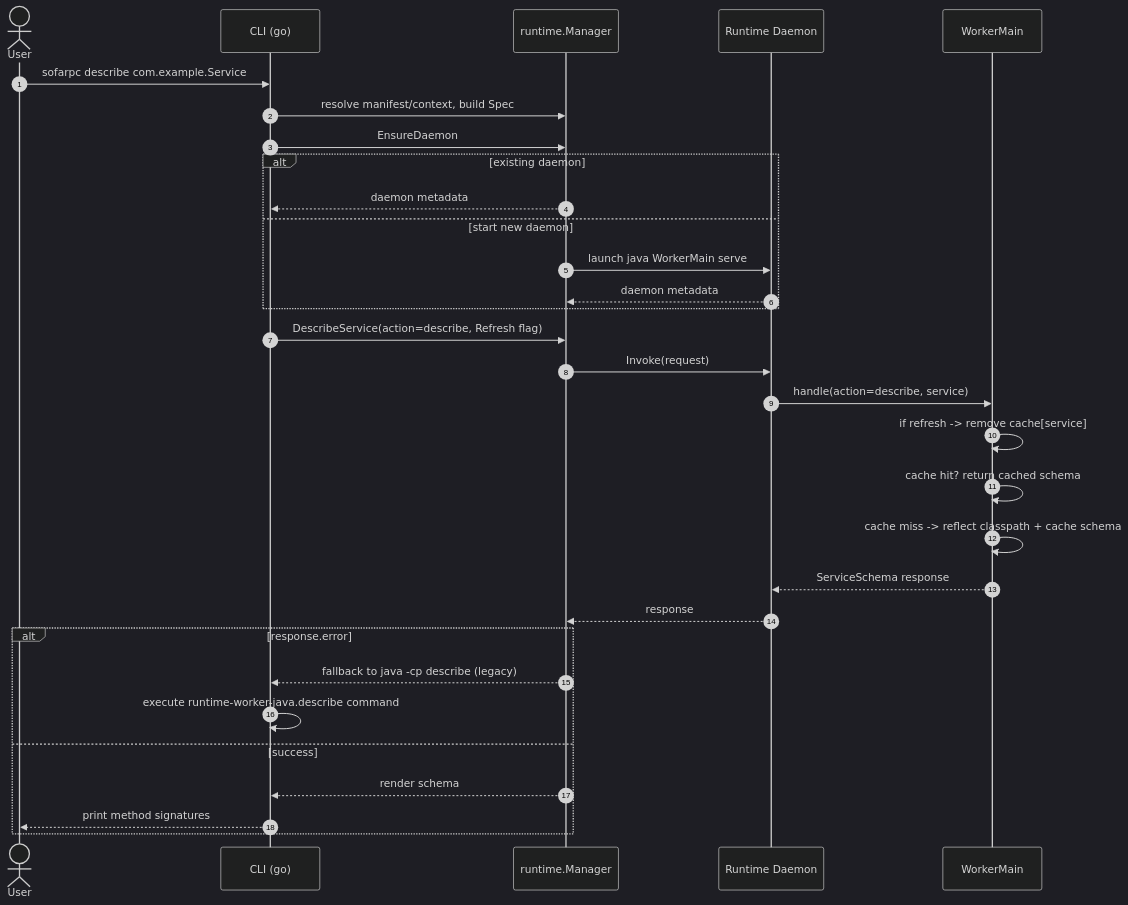
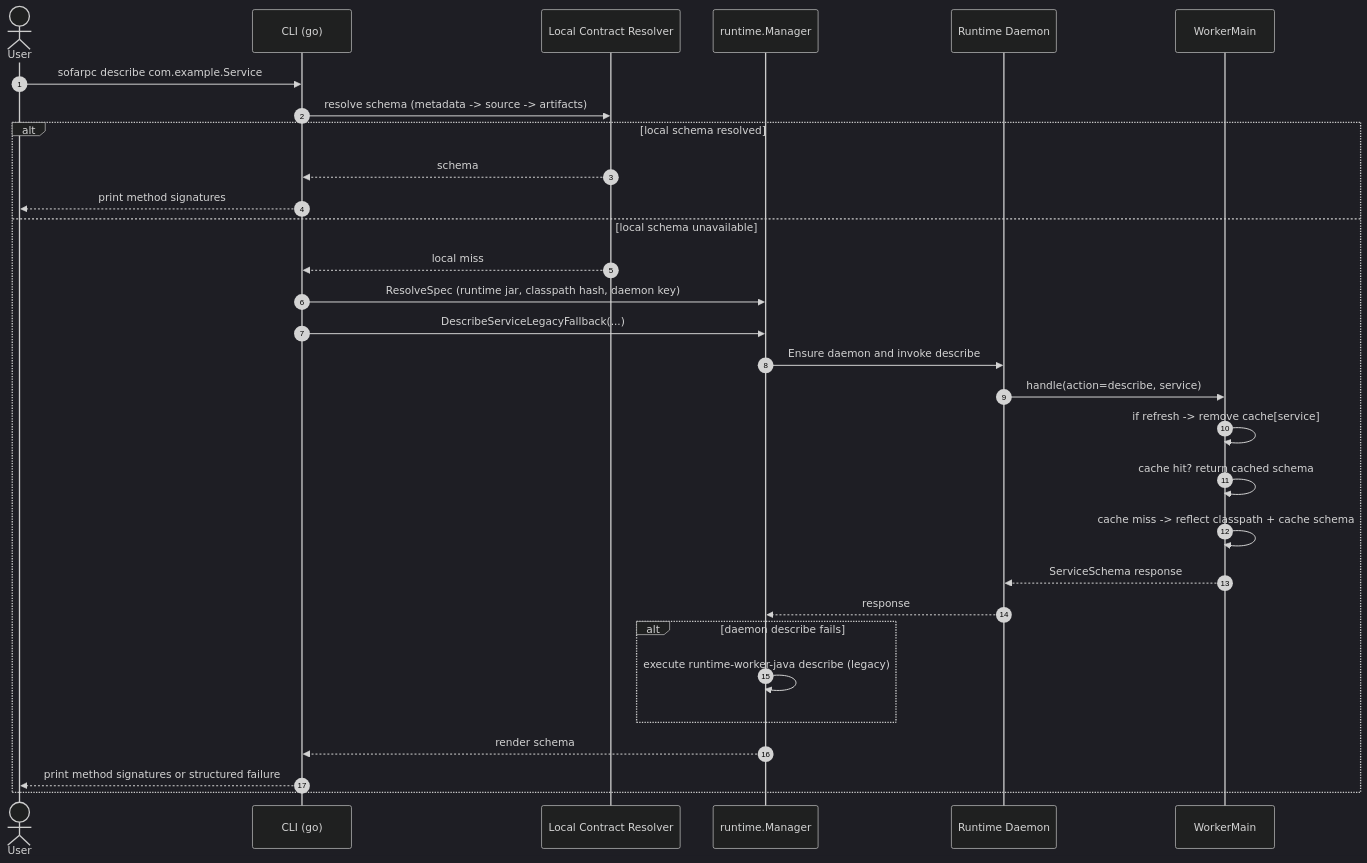
Before and after one commit to hex1n/sofarpc-cli: the second of 2 diagrams in docs/usage.md, drawn with Mermaid (dark theme). The commit also changed other lines of this file and 46 other files, not shown here.

````diff
--- a/docs/usage.md
+++ b/docs/usage.md
@@ -390,34 +430,33 @@
 ```mermaid
 sequenceDiagram
     autonumber
     actor U as User
     participant C as CLI (go)
+    participant M as Local Contract Resolver
     participant R as runtime.Manager
     participant D as Runtime Daemon
     participant W as WorkerMain
 
     U->>C: sofarpc describe com.example.Service
-    C->>R: resolve manifest/context, build Spec
-    C->>R: EnsureDaemon
-    alt existing daemon
-        R-->>C: daemon metadata
-    else start new daemon
-        R->>D: launch java WorkerMain serve
-        D-->>R: daemon metadata
-    end
-    C->>R: DescribeService(action=describe, Refresh flag)
-    R->>D: Invoke(request)
-    D->>W: handle(action=describe, service)
-    W->>W: if refresh -> remove cache[service]
-    W->>W: cache hit? return cached schema
-    W->>W: cache miss -> reflect classpath + cache schema
-    W-->>D: ServiceSchema response
-    D-->>R: response
-    alt response.error
-        R-->>C: fallback to java -cp describe (legacy)
-        C->>C: execute runtime-worker-java.describe command
-    else success
+    C->>M: resolve schema (metadata -> source -> artifacts)
+    alt local schema resolved
+        M-->>C: schema
+        C-->>U: print method signatures
+    else local schema unavailable
+        M-->>C: local miss
+        C->>R: ResolveSpec (runtime jar, classpath hash, daemon key)
+        C->>R: DescribeServiceLegacyFallback(...)
+        R->>D: Ensure daemon and invoke describe
+        D->>W: handle(action=describe, service)
+        W->>W: if refresh -> remove cache[service]
+        W->>W: cache hit? return cached schema
+        W->>W: cache miss -> reflect classpath + cache schema
+        W-->>D: ServiceSchema response
+        D-->>R: response
+        alt daemon describe fails
+            R->>R: execute runtime-worker-java describe (legacy)
+        end
         R-->>C: render schema
-        C-->>U: print method signatures
+        C-->>U: print method signatures or structured failure
     end
 ```
````
